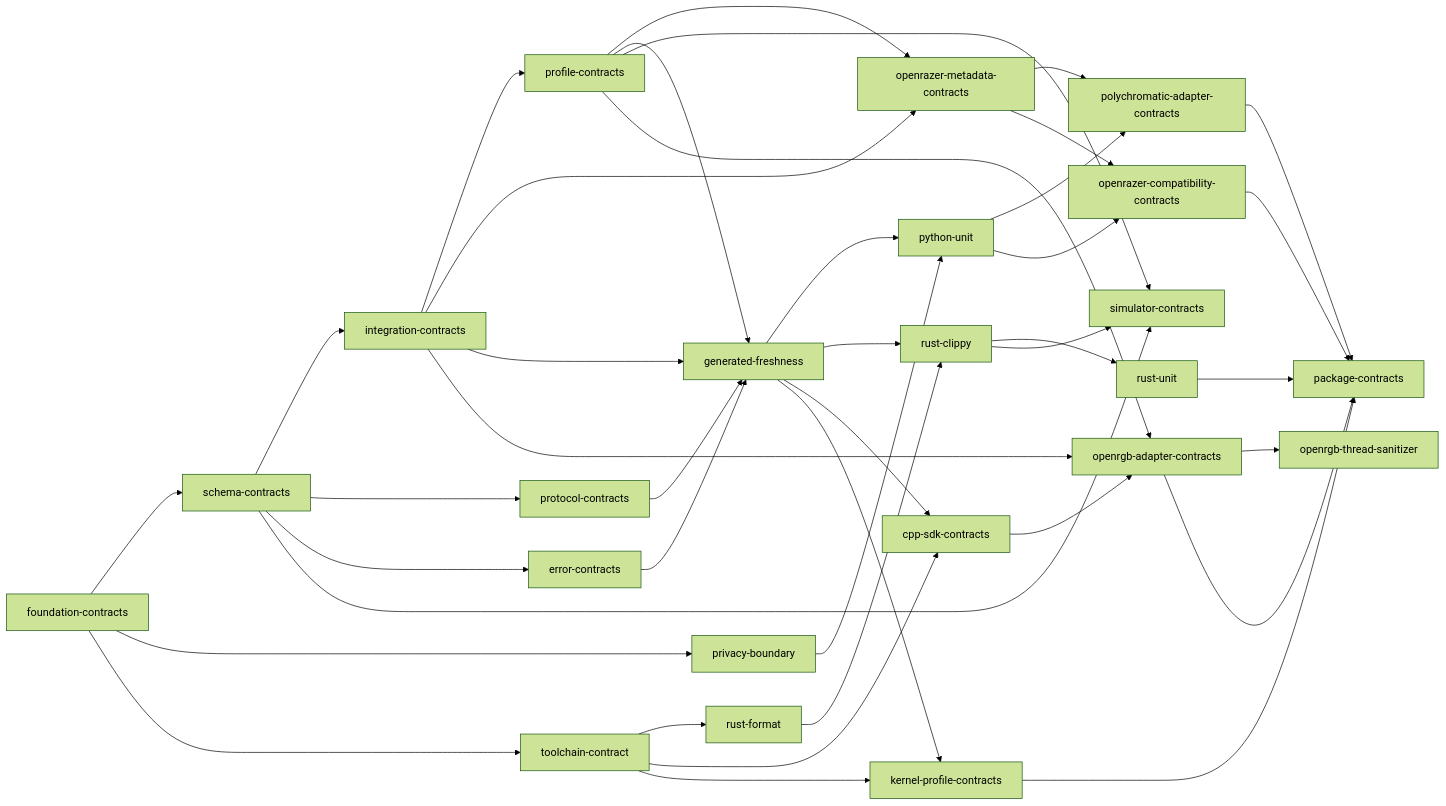
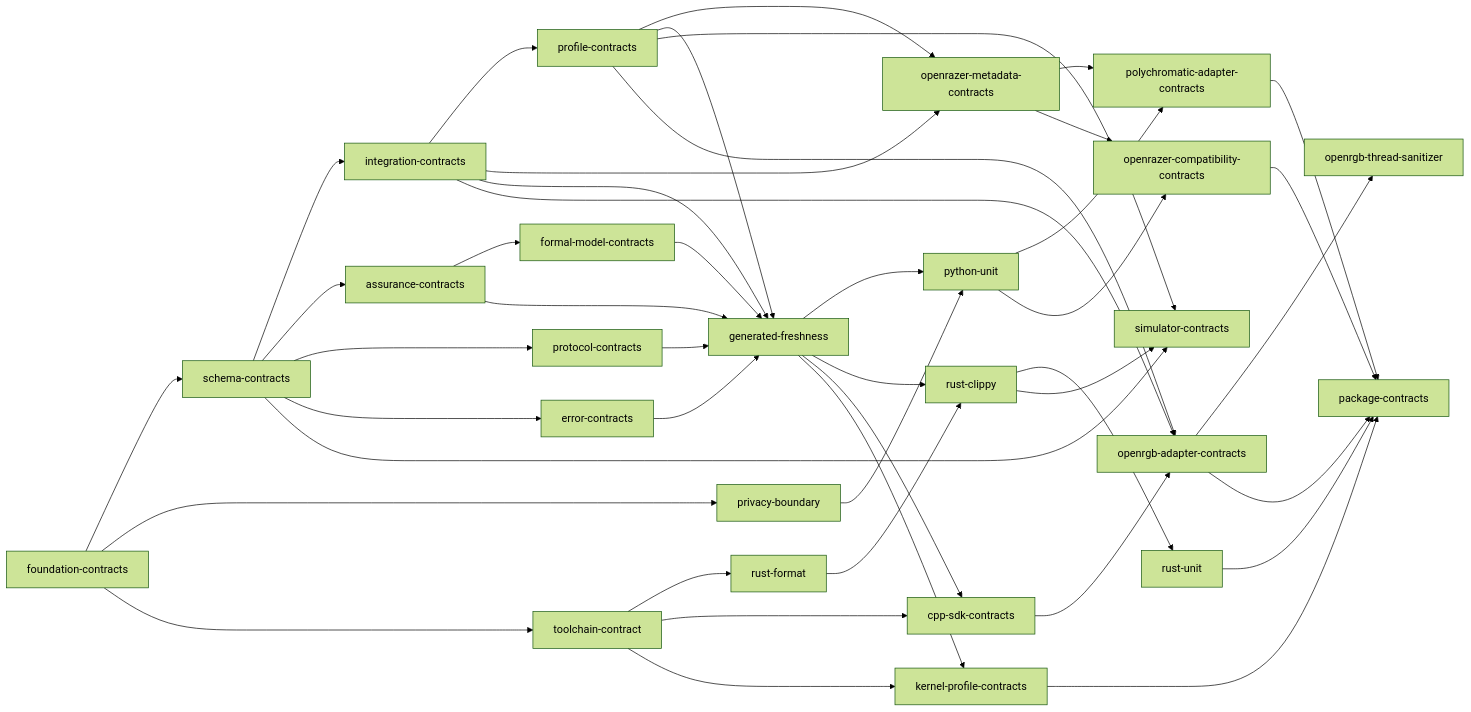
The diagram in docs/generated/verification.md (offalexjackson777-stack/hyperflux-next), drawn with Mermaid (forest theme) before and after one commit. The commit also changed other lines of this file and 40 other files, not shown here.

````diff
--- a/docs/generated/verification.md
+++ b/docs/generated/verification.md
@@ -35,64 +37,70 @@
 ```mermaid
 flowchart LR
     foundation_contracts["foundation-contracts"]
     schema_contracts["schema-contracts"]
     privacy_boundary["privacy-boundary"]
     toolchain_contract["toolchain-contract"]
     integration_contracts["integration-contracts"]
+    assurance_contracts["assurance-contracts"]
     protocol_contracts["protocol-contracts"]
     error_contracts["error-contracts"]
     rust_format["rust-format"]
+    formal_model_contracts["formal-model-contracts"]
     profile_contracts["profile-contracts"]
     openrazer_metadata_contracts["openrazer-metadata-contracts"]
     generated_freshness["generated-freshness"]
     python_unit["python-unit"]
     rust_clippy["rust-clippy"]
     cpp_sdk_contracts["cpp-sdk-contracts"]
     kernel_profile_contracts["kernel-profile-contracts"]
     rust_unit["rust-unit"]
     simulator_contracts["simulator-contracts"]
     openrgb_adapter_contracts["openrgb-adapter-contracts"]
     polychromatic_adapter_contracts["polychromatic-adapter-contracts"]
     openrazer_compatibility_contracts["openrazer-compatibility-contracts"]
     openrgb_thread_sanitizer["openrgb-thread-sanitizer"]
     package_contracts["package-contracts"]
     foundation_contracts --> schema_contracts
     foundation_contracts --> privacy_boundary
     foundation_contracts --> toolchain_contract
     schema_contracts --> integration_contracts
+    schema_contracts --> assurance_contracts
     schema_contracts --> protocol_contracts
     schema_contracts --> error_contracts
     toolchain_contract --> rust_format
+    assurance_contracts --> formal_model_contracts
     integration_contracts --> profile_contracts
     integration_contracts --> openrazer_metadata_contracts
     profile_contracts --> openrazer_metadata_contracts
     profile_contracts --> generated_freshness
     protocol_contracts --> generated_freshness
     error_contracts --> generated_freshness
     integration_contracts --> generated_freshness
+    assurance_contracts --> generated_freshness
+    formal_model_contracts --> generated_freshness
     generated_freshness --> python_unit
     privacy_boundary --> python_unit
     generated_freshness --> rust_clippy
     rust_format --> rust_clippy
     generated_freshness --> cpp_sdk_contracts
     toolchain_contract --> cpp_sdk_contracts
     generated_freshness --> kernel_profile_contracts
     toolchain_contract --> kernel_profile_contracts
     rust_clippy --> rust_unit
     rust_clippy --> simulator_contracts
     schema_contracts --> simulator_contracts
     profile_contracts --> simulator_contracts
     cpp_sdk_contracts --> openrgb_adapter_contracts
     integration_contracts --> openrgb_adapter_contracts
     profile_contracts --> openrgb_adapter_contracts
     openrazer_metadata_contracts --> polychromatic_adapter_contracts
     python_unit --> polychromatic_adapter_contracts
     openrazer_metadata_contracts --> openrazer_compatibility_contracts
     python_unit --> openrazer_compatibility_contracts
     openrgb_adapter_contracts --> openrgb_thread_sanitizer
     kernel_profile_contracts --> package_contracts
     openrgb_adapter_contracts --> package_contracts
     polychromatic_adapter_contracts --> package_contracts
     openrazer_compatibility_contracts --> package_contracts
     rust_unit --> package_contracts
 ```
````
